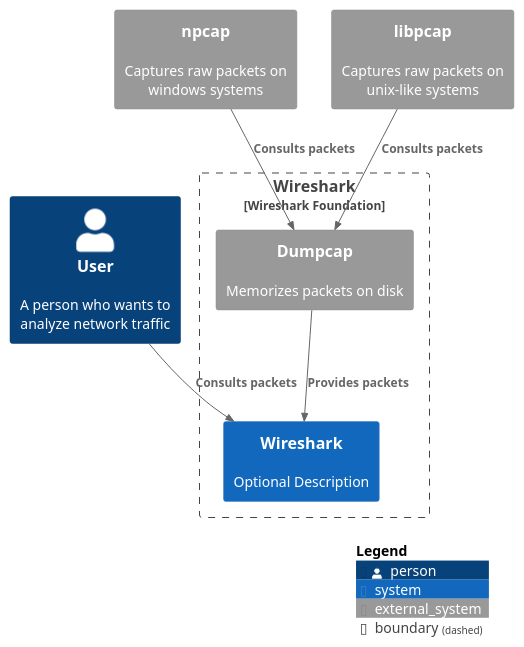
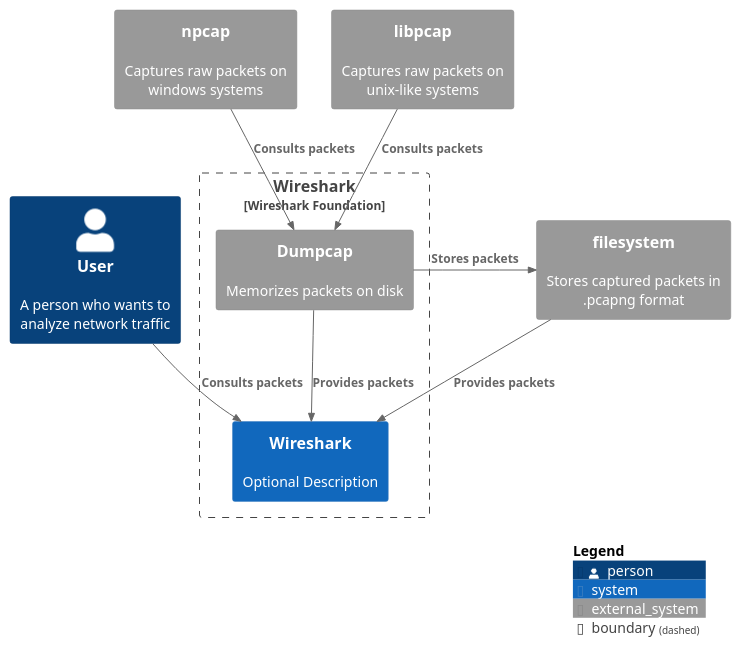
One commit to SDA-Team05/project-team05 changed the diagram in reports/architecture-diagrams/context.puml. Above: the diagram before and after it, drawn with PlantUML. The commit also changed 2 other files, not shown here.

Commit message:
updated component diagram and journal

```diff
--- a/reports/architecture-diagrams/context.puml
+++ b/reports/architecture-diagrams/context.puml
@@ -1,26 +1,32 @@
 @startuml C4_Elements
 !include https://raw.githubusercontent.com/plantuml-stdlib/C4-PlantUML/master/C4_Container.puml
 
 Person(wiresharkUser, "User", "A person who wants to analyze network traffic")
 
 Boundary(wiresharkBoundary, "Wireshark", "Wireshark Foundation") {
     System(wireshark, "Wireshark", "Optional Description")
     System_Ext(Dumpcap, "Dumpcap", "Memorizes packets on disk")
 }
 
 System_Ext(npcap, "npcap", "Captures raw packets on windows systems")
 
 System_Ext(libpcap, "libpcap", "Captures raw packets on unix-like systems")
 
+System_Ext(filesystem, "filesystem", "Stores captured packets in .pcapng format")
+
 Rel(wiresharkUser, wireshark, "Consults packets")
 
 
 Rel(npcap, Dumpcap, "Consults packets")
 
 Rel(libpcap, Dumpcap, "Consults packets")
 
 Rel(Dumpcap, wireshark, "Provides packets")
 
+Rel(filesystem, wireshark, "Provides packets")
+
+Rel(Dumpcap, filesystem, "Stores packets")
+
 SHOW_LEGEND()
 
 @endumlx
```
